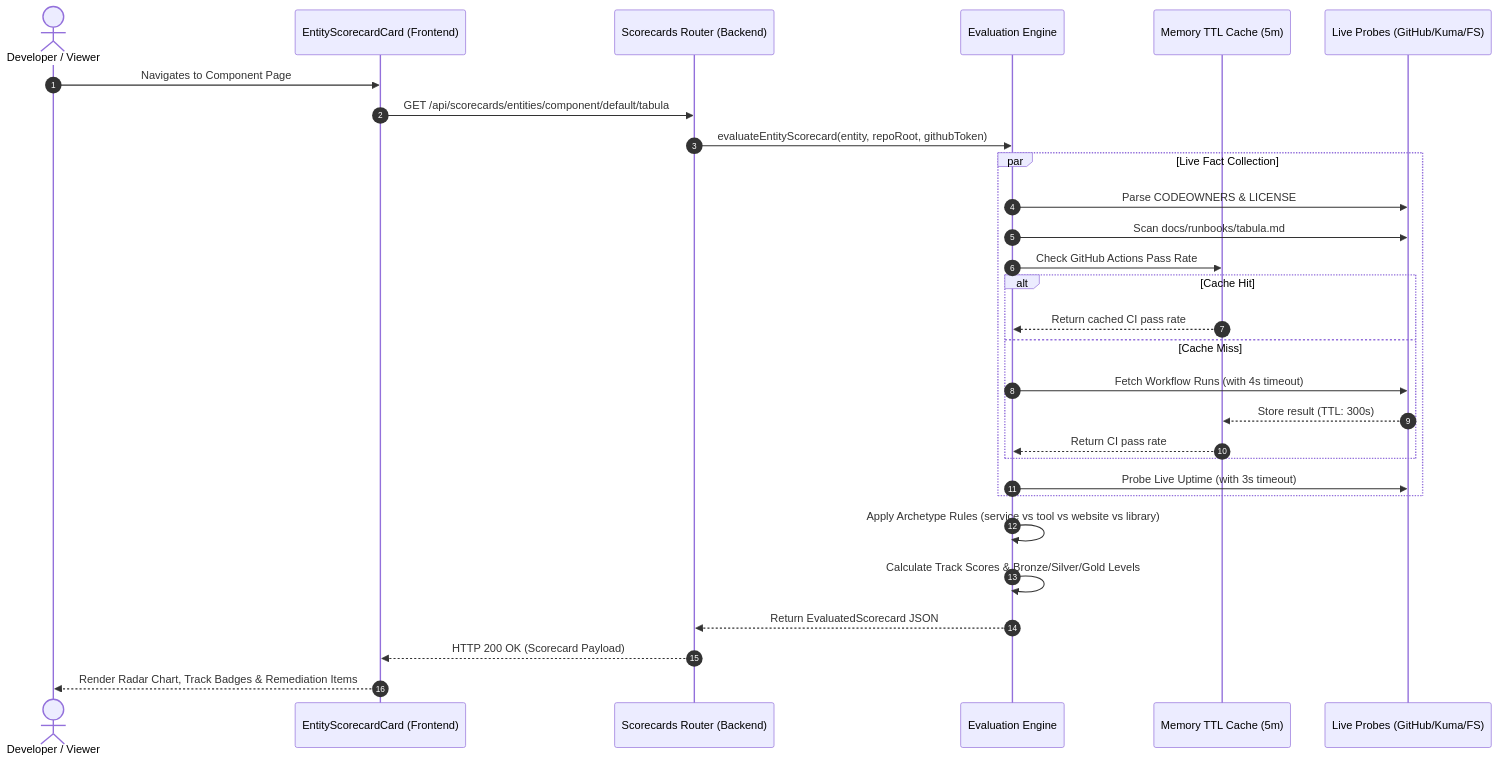
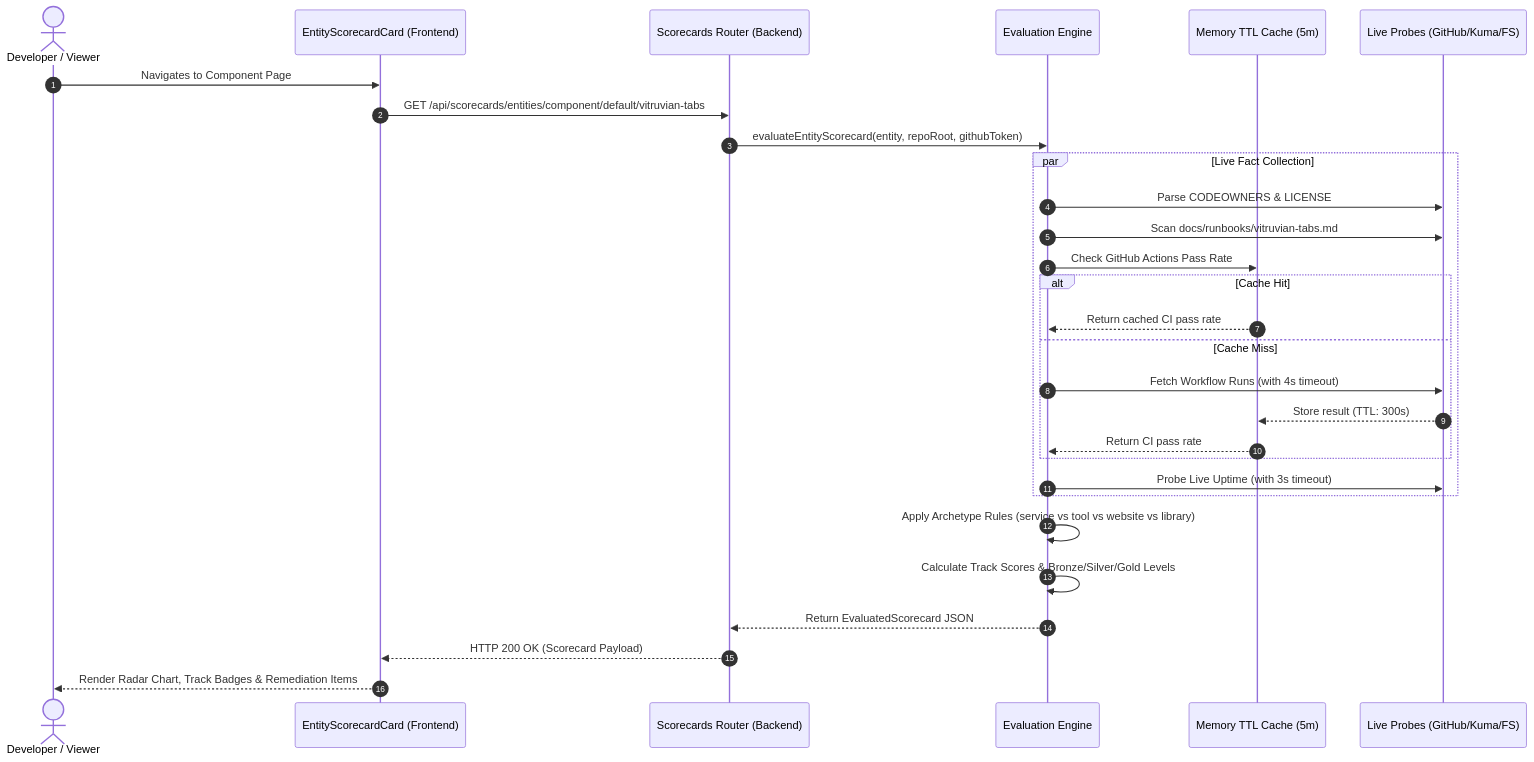
Before and after one commit to VitruvianSoftware/vitruvian-core: the second of 3 diagrams in docs/engineering/service-maturity-scorecards.md, drawn with Mermaid. The commit also changed other lines of this file and 1127 other files, not shown here.

````diff
--- a/docs/engineering/service-maturity-scorecards.md
+++ b/docs/engineering/service-maturity-scorecards.md
@@ -70,34 +70,34 @@
 ```mermaid
 sequenceDiagram
     autonumber
     actor Developer as Developer / Viewer
     participant UI as EntityScorecardCard (Frontend)
     participant API as Scorecards Router (Backend)
     participant Evaluator as Evaluation Engine
     participant Cache as Memory TTL Cache (5m)
     participant Sources as Live Probes (GitHub/Kuma/FS)
 
     Developer->>UI: Navigates to Component Page
-    UI->>API: GET /api/scorecards/entities/component/default/tabula
+    UI->>API: GET /api/scorecards/entities/component/default/vitruvian-tabs
     API->>Evaluator: evaluateEntityScorecard(entity, repoRoot, githubToken)
     
     par Live Fact Collection
         Evaluator->>Sources: Parse CODEOWNERS & LICENSE
-        Evaluator->>Sources: Scan docs/runbooks/tabula.md
+        Evaluator->>Sources: Scan docs/runbooks/vitruvian-tabs.md
         Evaluator->>Cache: Check GitHub Actions Pass Rate
         alt Cache Hit
             Cache-->>Evaluator: Return cached CI pass rate
         else Cache Miss
             Evaluator->>Sources: Fetch Workflow Runs (with 4s timeout)
             Sources-->>Cache: Store result (TTL: 300s)
             Cache-->>Evaluator: Return CI pass rate
         end
         Evaluator->>Sources: Probe Live Uptime (with 3s timeout)
     end
 
     Evaluator->>Evaluator: Apply Archetype Rules (service vs tool vs website vs library)
     Evaluator->>Evaluator: Calculate Track Scores & Bronze/Silver/Gold Levels
     Evaluator-->>API: Return EvaluatedScorecard JSON
     API-->>UI: HTTP 200 OK (Scorecard Payload)
     UI-->>Developer: Render Radar Chart, Track Badges & Remediation Items
 ```
````
